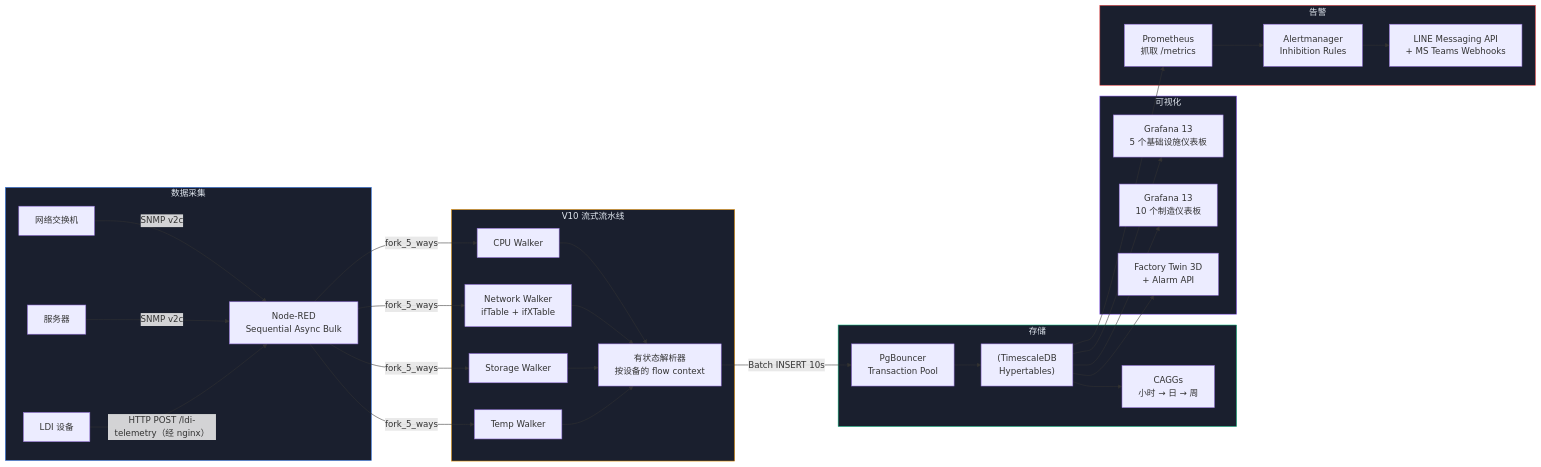
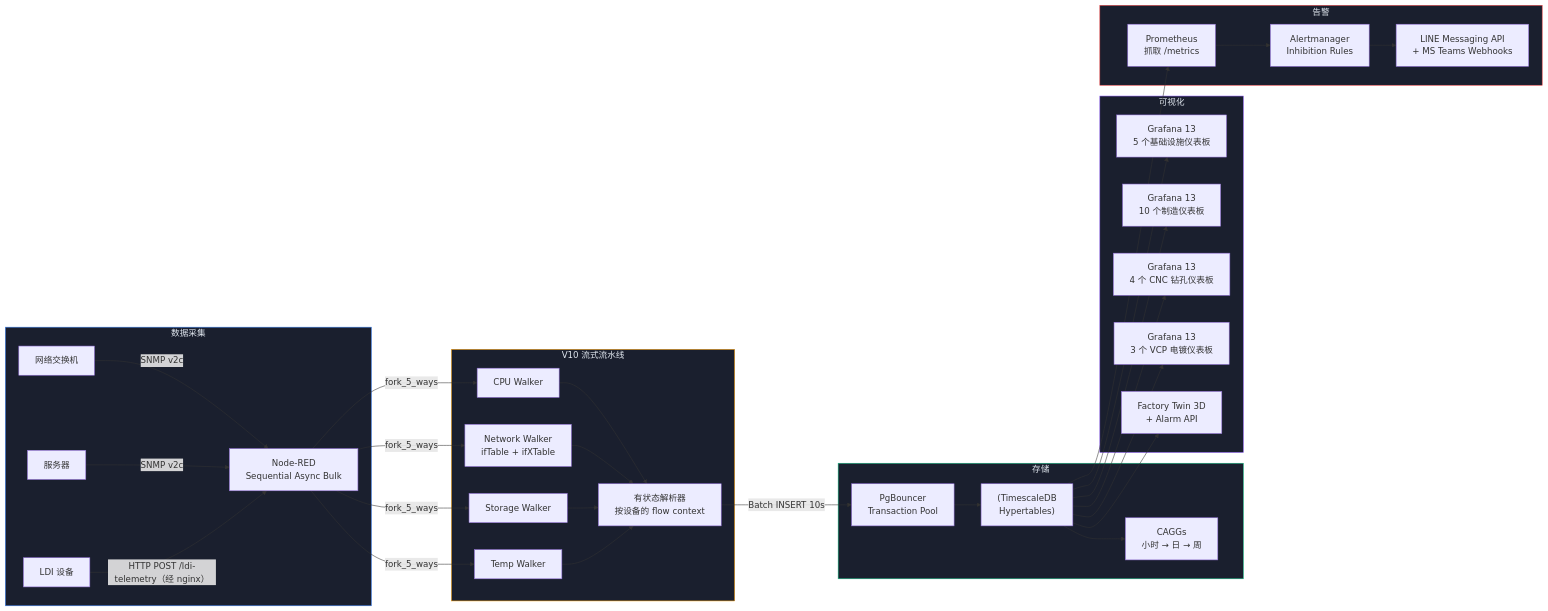
The diagram in zh-CN/README.md (PATTANAKORN025/IMS), drawn with Mermaid before and after one commit. The commit also changed other lines of this file and 2 other files, not shown here.

````diff
--- a/zh-CN/README.md
+++ b/zh-CN/README.md
@@ -229,43 +229,45 @@
 ```mermaid
 flowchart LR
   subgraph Collection ["数据采集"]
     J["网络交换机"] -->|SNMP v2c| W["Node-RED\nSequential Async Bulk"]
     S["服务器"] -->|SNMP v2c| W
     L["LDI 设备"] -->|"HTTP POST /ldi-telemetry（经 nginx）"| W
   end
 
   subgraph Processing ["V10 流式流水线"]
     W -->|fork_5_ways| CPU[CPU Walker]
     W -->|fork_5_ways| NET["Network Walker\nifTable + ifXTable"]
     W -->|fork_5_ways| STO[Storage Walker]
     W -->|fork_5_ways| TMP[Temp Walker]
     CPU --> P["有状态解析器\n按设备的 flow context"]
     NET --> P
     STO --> P
     TMP --> P
   end
 
   subgraph Storage ["存储"]
     P -->|Batch INSERT 10s| B["PgBouncer\nTransaction Pool"]
     B --> T["(TimescaleDB\nHypertables)"]
     T --> CAGG["CAGGs\n小时 → 日 → 周"]
   end
 
   subgraph Visualization ["可视化"]
     T --> G1["Grafana 13\n5 个基础设施仪表板"]
     T --> G2["Grafana 13\n10 个制造仪表板"]
+    T --> G3["Grafana 13\n4 个 CNC 钻孔仪表板"]
+    T --> G4["Grafana 13\n3 个 VCP 电镀仪表板"]
     T --> FT["Factory Twin 3D\n+ Alarm API"]
   end
 
   subgraph Alerting ["告警"]
     T --> PR["Prometheus\n抓取 /metrics"]
     PR --> AM["Alertmanager\nInhibition Rules"]
     AM --> WEB["LINE Messaging API\n+ MS Teams Webhooks"]
   end
 
   style Collection fill:#1a1f2e,stroke:#3B82F6,color:#e2e8f0
   style Processing fill:#1a1f2e,stroke:#F59E0B,color:#e2e8f0
   style Storage fill:#1a1f2e,stroke:#10B981,color:#e2e8f0
   style Visualization fill:#1a1f2e,stroke:#8B5CF6,color:#e2e8f0
   style Alerting fill:#1a1f2e,stroke:#EF4444,color:#e2e8f0
 ```
````
